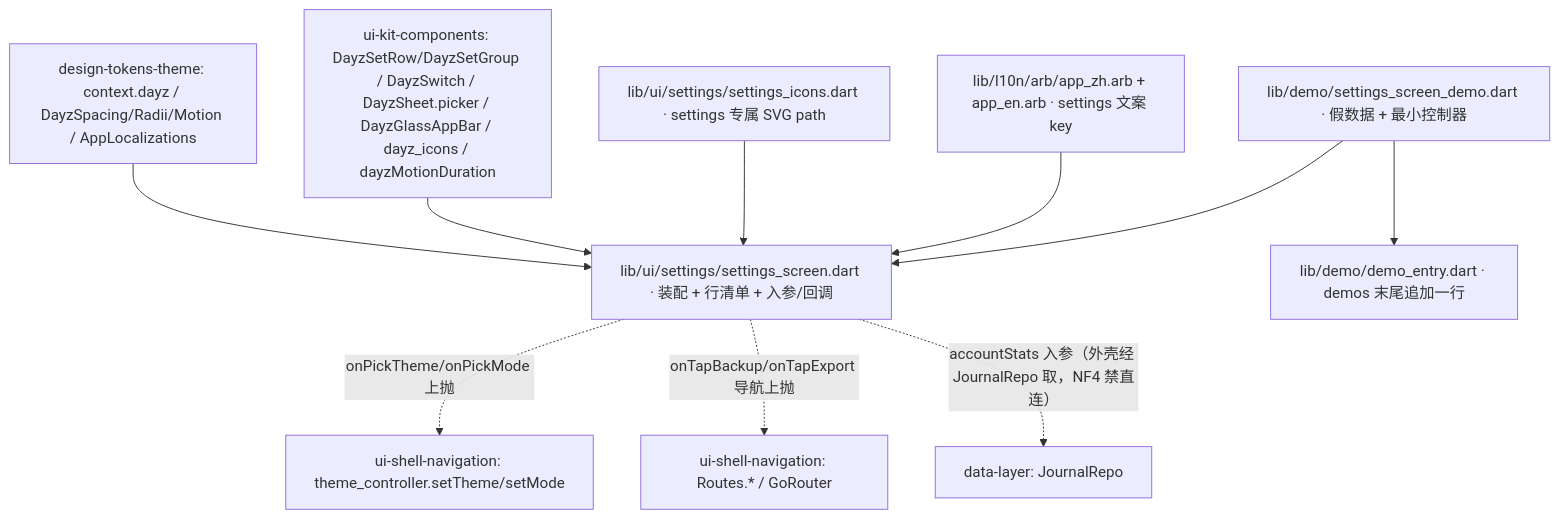
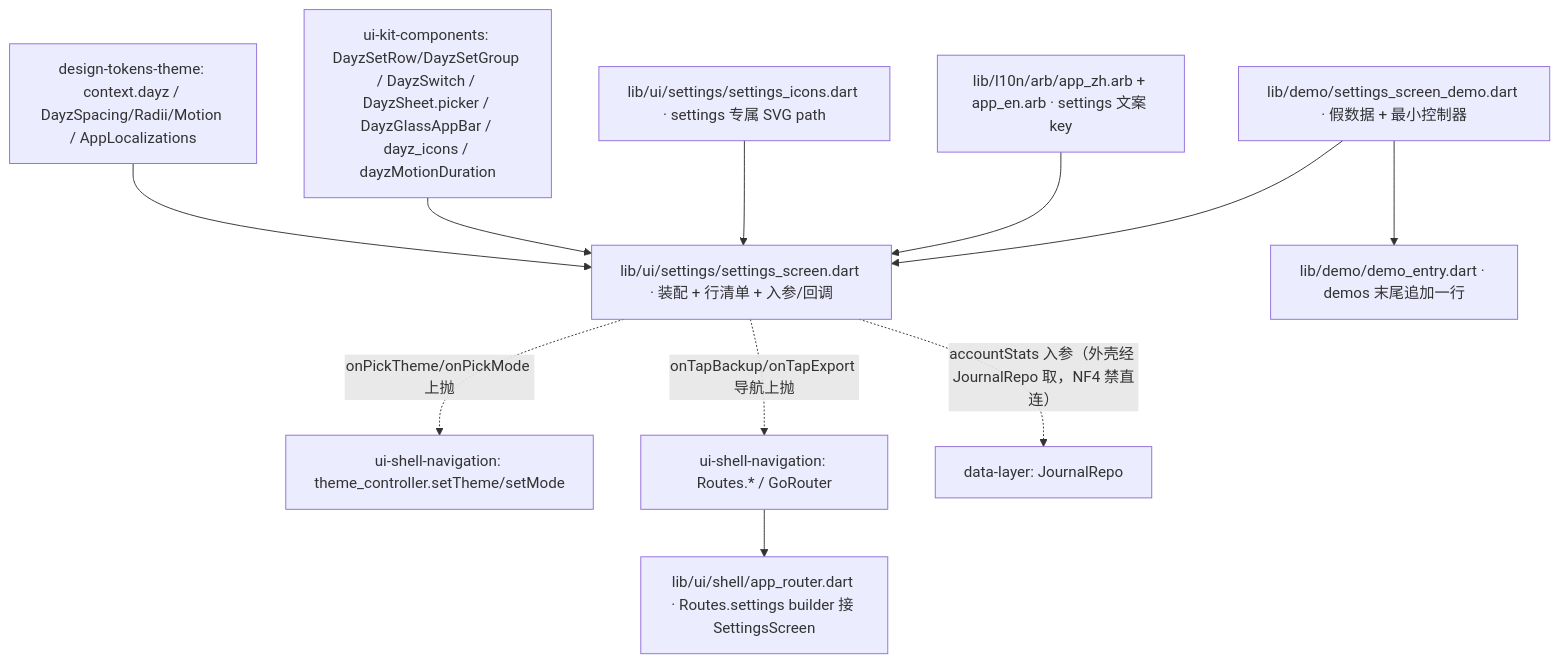
The diagram in specs/active/settings-screen/design.md (cr1992/DayZ), drawn with Mermaid before and after one commit. The commit also changed other lines of this file and 68 other files, not shown here.

Commit message:
feat(ui): complete reader-screen, timeline-screen wiring, and update specs index

````diff
--- a/specs/active/settings-screen/design.md
+++ b/specs/active/settings-screen/design.md
@@ -71,13 +86,14 @@
 ```mermaid
 graph TD
   TOK[design-tokens-theme: context.dayz / DayzSpacing/Radii/Motion / AppLocalizations] --> SS
   KIT[ui-kit-components: DayzSetRow/DayzSetGroup / DayzSwitch / DayzSheet.picker / DayzGlassAppBar / dayz_icons / dayzMotionDuration] --> SS
   SS[lib/ui/settings/settings_screen.dart · 装配 + 行清单 + 入参/回调]
   ICO[lib/ui/settings/settings_icons.dart · settings 专属 SVG path] --> SS
   STR[lib/l10n/arb/app_zh.arb + app_en.arb · settings 文案 key] --> SS
   SS -. onPickTheme/onPickMode 上抛 .-> TC[ui-shell-navigation: theme_controller.setTheme/setMode]
   SS -. onTapBackup/onTapExport 导航上抛 .-> R[ui-shell-navigation: Routes.* / GoRouter]
+  R --> APP[lib/ui/shell/app_router.dart · Routes.settings builder 接 SettingsScreen]
   SS -. accountStats 入参（外壳经 JournalRepo 取，NF4 禁直连）.-> REPO[data-layer: JournalRepo]
   DEMO[lib/demo/settings_screen_demo.dart · 假数据 + 最小控制器] --> SS
   DEMO --> DH[lib/demo/demo_entry.dart · demos 末尾追加一行]
 ```
````
